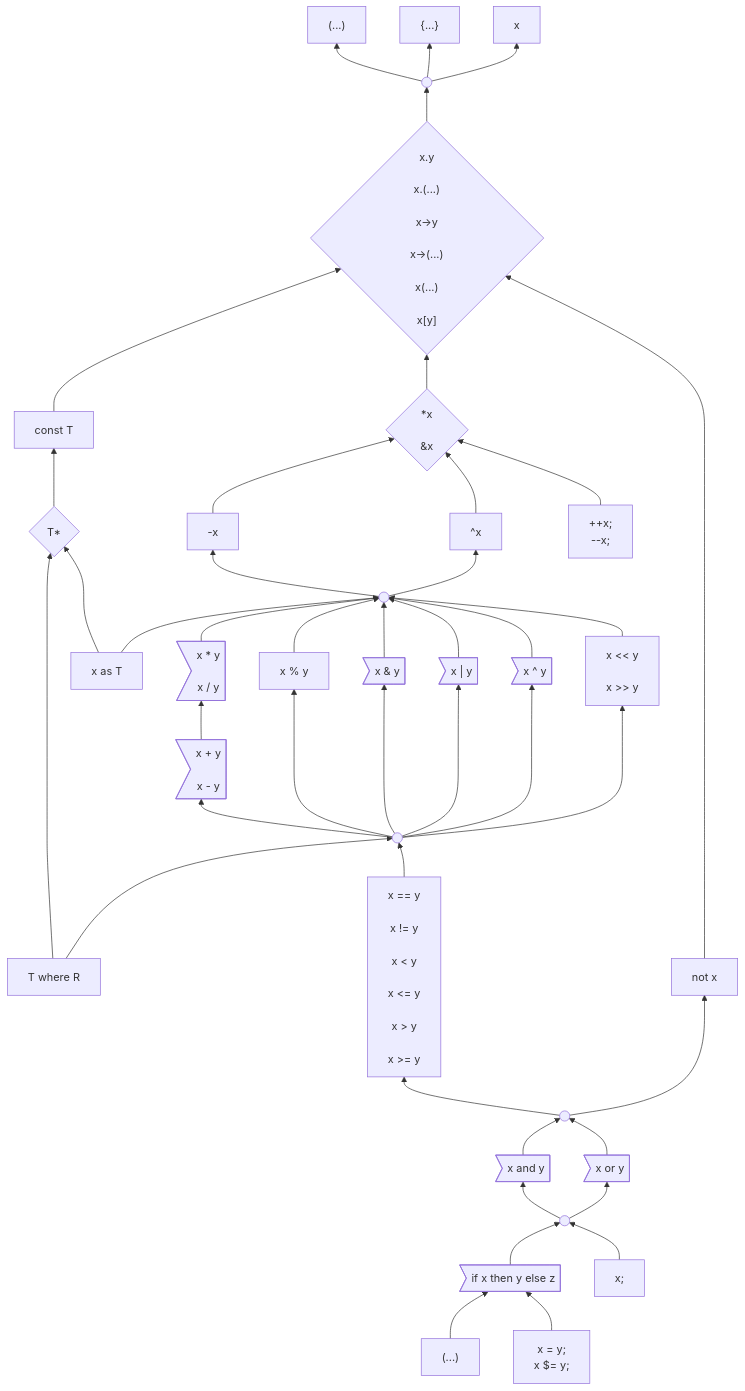
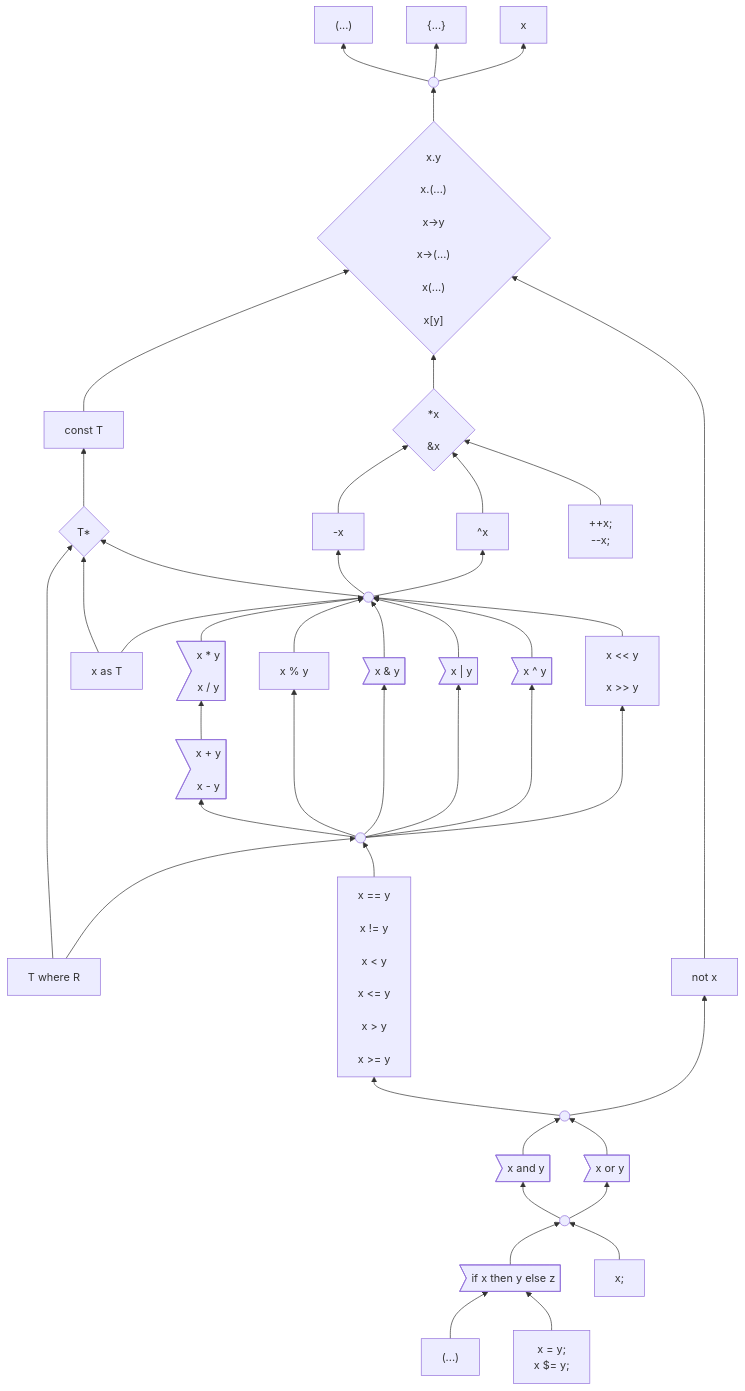
The first of 3 diagrams in docs/design/expressions/README.md (carbon-language/carbon-lang), drawn with Mermaid before and after one commit.

Commit message:
Checkpoint progress.

```diff
--- a/docs/design/expressions/README.md
+++ b/docs/design/expressions/README.md
@@ -165,7 +165,7 @@
     pointer --> suffixOps
     %% unary ~~~~ pointer
     negation & complement & incDec --> pointer
-    unary --> negation & complement
+    unary --> pointerType & negation & complement
     %% Use a longer arrow here to put `not` next to `and` and `or`.
     not --------> suffixOps
     as & multiplication & modulo & bitwise_and & bitwise_or & bitwise_xor & shift --> unary
```
